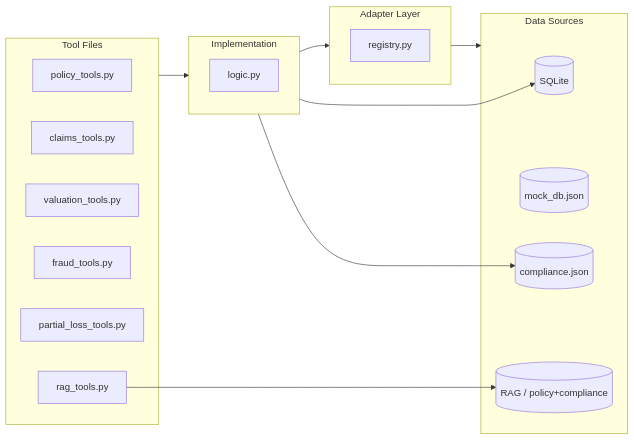
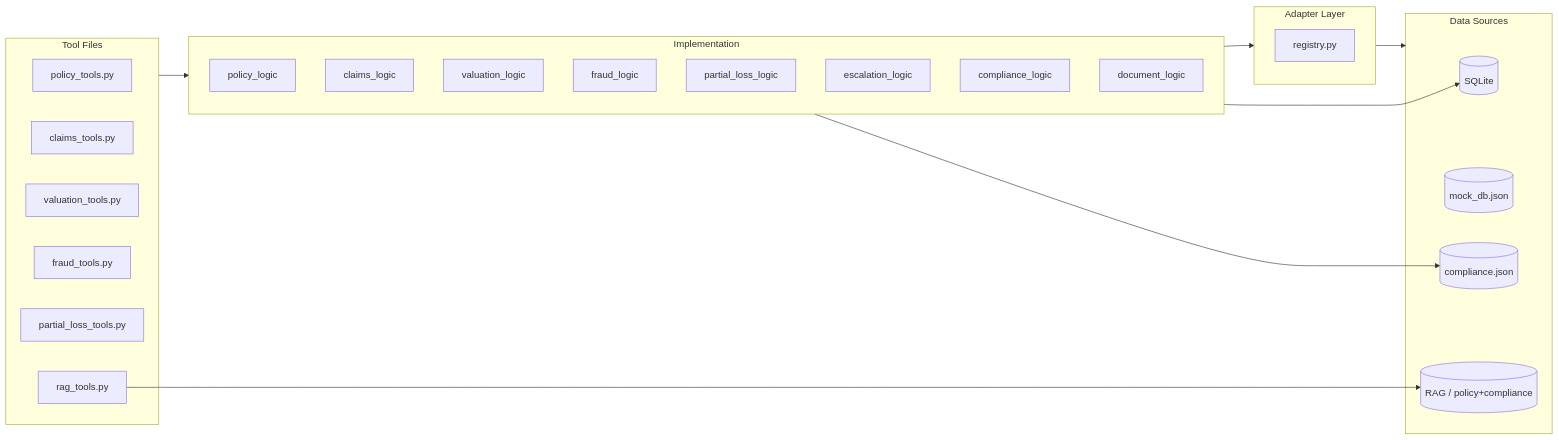
Before and after one commit to csmangum/auto-agent: the diagram in docs/tools.md, drawn with Mermaid. The commit also changed 5 other files, not shown here.

First line of the commit message:
Update documentation for adapters, architecture, crews, database, index, and tools

````diff
--- a/docs/tools.md
+++ b/docs/tools.md
@@ -9,31 +9,38 @@
 ```mermaid
 flowchart LR
     subgraph Tools["Tool Files"]
         A[policy_tools.py]
         B[claims_tools.py]
         C[valuation_tools.py]
         D[fraud_tools.py]
         E[partial_loss_tools.py]
         R[rag_tools.py]
     end
     
     subgraph Logic["Implementation"]
-        F[logic.py]
+        L1[policy_logic]
+        L2[claims_logic]
+        L3[valuation_logic]
+        L4[fraud_logic]
+        L5[partial_loss_logic]
+        L6[escalation_logic]
+        L7[compliance_logic]
+        L8[document_logic]
     end
 
     subgraph Adapters["Adapter Layer"]
         Reg[registry.py]
     end
     
     subgraph Data["Data Sources"]
         G[(SQLite)]
         H[(mock_db.json)]
         I[(compliance.json)]
         J[(RAG / policy+compliance)]
     end
     
     Tools --> Logic --> Adapters --> Data
     Logic --> G
     Logic --> I
     R --> J
 ```
````
